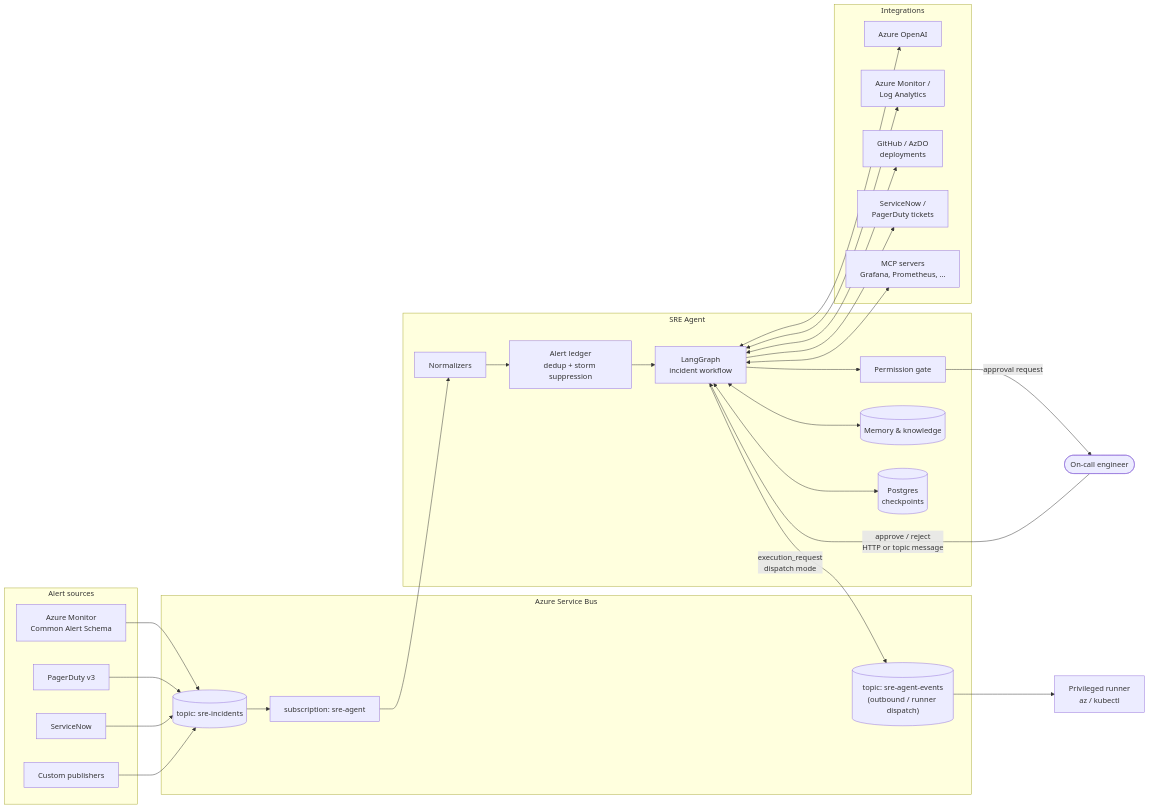
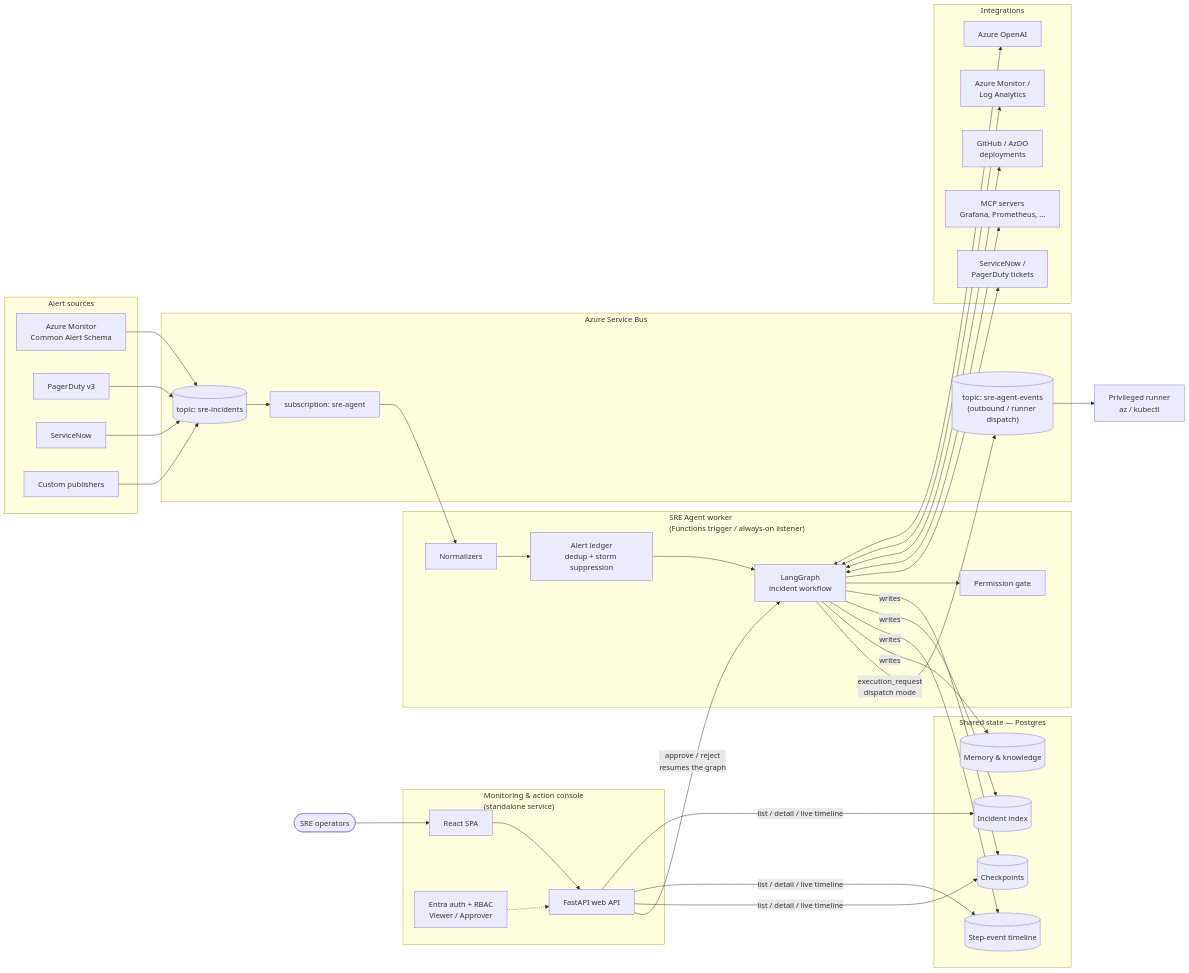
Before and after one commit to arun-8687/SupportAgent: the first of 5 diagrams in sre_agent/README.md, drawn with Mermaid. The commit also changed other lines of this file, not shown here.

Commit message:
Update the system-context diagram to show the monitoring/action console
The architecture diagram still showed the pre-UI topology (on-call approving
directly against the graph, no web tier). Redraw it to reflect what's actually
deployed: the worker (Functions trigger / always-on listener) writes all state
to Postgres — checkpoints, incident index, step-event timeline, memory — and a
separate console service (React SPA + FastAPI + Entra RBAC) reads that shared
state to monitor runs and stream the live timeline, with approve/reject
resuming the paused graph. Validated: renders cleanly via mermaid-cli.

Claude-Session: https://claude.ai/code/session_01Dr6WE1D96Zp4q9iyzvqroZ

````diff
--- a/sre_agent/README.md
+++ b/sre_agent/README.md
@@ -84,50 +84,64 @@
 ```mermaid
 flowchart LR
     subgraph Sources["Alert sources"]
         AM[Azure Monitor<br/>Common Alert Schema]
         PD[PagerDuty v3]
         SN[ServiceNow]
         CU[Custom publishers]
     end
 
     subgraph Bus["Azure Service Bus"]
         T[("topic: sre-incidents")]
         SUB["subscription: sre-agent"]
         OUT[("topic: sre-agent-events<br/>(outbound / runner dispatch)")]
         T --> SUB
     end
 
-    subgraph Agent["SRE Agent"]
+    subgraph Worker["SRE Agent worker<br/>(Functions trigger / always-on listener)"]
         NORM[Normalizers]
         LEDGER[Alert ledger<br/>dedup + storm suppression]
         GRAPH[LangGraph<br/>incident workflow]
         GATE[Permission gate]
+    end
+
+    subgraph State["Shared state — Postgres"]
+        CKPT[(Checkpoints)]
+        INDEX[(Incident index)]
+        EVENTS[(Step-event timeline)]
         MEM[(Memory & knowledge)]
-        CKPT[(Postgres<br/>checkpoints)]
+    end
+
+    subgraph Console["Monitoring & action console<br/>(standalone service)"]
+        SPA[React SPA]
+        API[FastAPI web API]
+        AUTH[Entra auth + RBAC<br/>Viewer / Approver]
+        SPA --> API
+        AUTH -.-> API
     end
 
     subgraph Ext["Integrations"]
         LLM[Azure OpenAI]
         OBS[Azure Monitor /<br/>Log Analytics]
         GH[GitHub / AzDO<br/>deployments]
         TICKET[ServiceNow /<br/>PagerDuty tickets]
         MCP[MCP servers<br/>Grafana, Prometheus, ...]
     end
 
-    HUMAN([On-call engineer])
+    OPS([SRE operators])
     RUNNER[Privileged runner<br/>az / kubectl]
 
     AM & PD & SN & CU --> T
     SUB --> NORM --> LEDGER --> GRAPH
     GRAPH <--> LLM
     GRAPH <--> OBS
     GRAPH <--> GH
     GRAPH <--> MCP
     GRAPH --> TICKET
-    GRAPH <--> MEM
-    GRAPH <--> CKPT
     GRAPH --> GATE
-    GATE -->|approval request| HUMAN
-    HUMAN -->|approve / reject<br/>HTTP or topic message| GRAPH
+    GRAPH -->|writes| CKPT & INDEX & EVENTS & MEM
+
+    OPS --> SPA
+    API -->|list / detail / live timeline| INDEX & EVENTS & CKPT
+    API -->|approve / reject<br/>resumes the graph| GRAPH
     GRAPH -->|execution_request<br/>dispatch mode| OUT --> RUNNER
 ```
````
